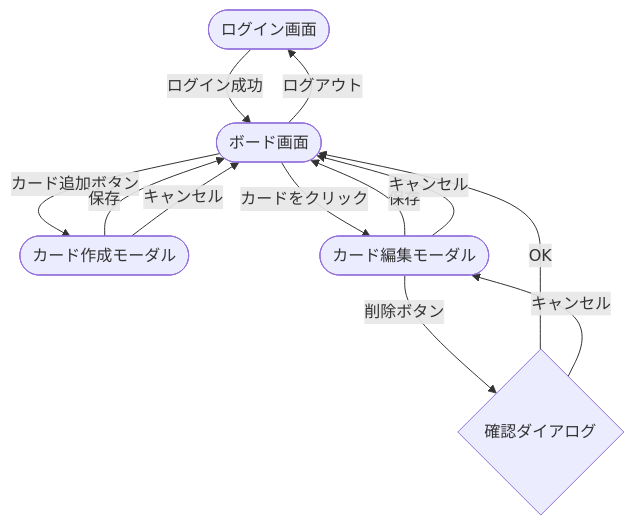
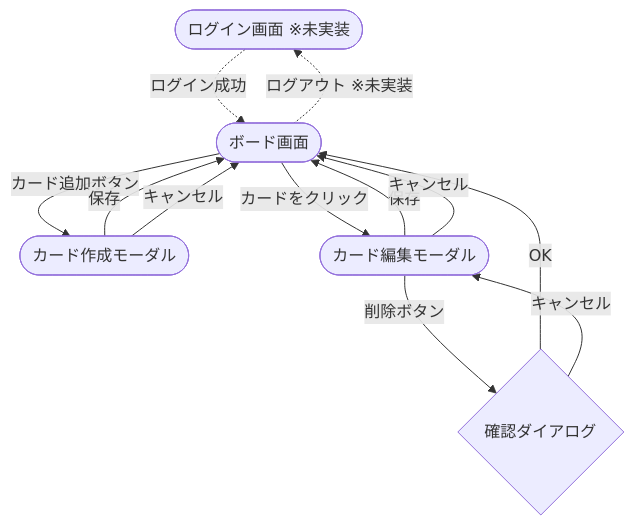
One commit to saki-nakata/TaskManagement changed the diagram in docs/screen-design.md. Above: the diagram before and after it, drawn with Mermaid. The commit also changed other lines of this file and 18 other files, not shown here.

````diff
--- a/docs/screen-design.md
+++ b/docs/screen-design.md
@@ -124,14 +129,14 @@
 ```mermaid
 flowchart TD
-    A([ログイン画面]) -->|ログイン成功| B([ボード画面])
-    B -->|ログアウト| A
+    A([ログイン画面 ※未実装]) -.->|ログイン成功| B([ボード画面])
+    B -.->|ログアウト ※未実装| A
     B -->|カード追加ボタン| C([カード作成モーダル])
     B -->|カードをクリック| D([カード編集モーダル])
     C -->|保存| B
     C -->|キャンセル| B
     D -->|保存| B
     D -->|キャンセル| B
     D -->|削除ボタン| E{確認ダイアログ}
     E -->|OK| B
     E -->|キャンセル| D
 ```
````
